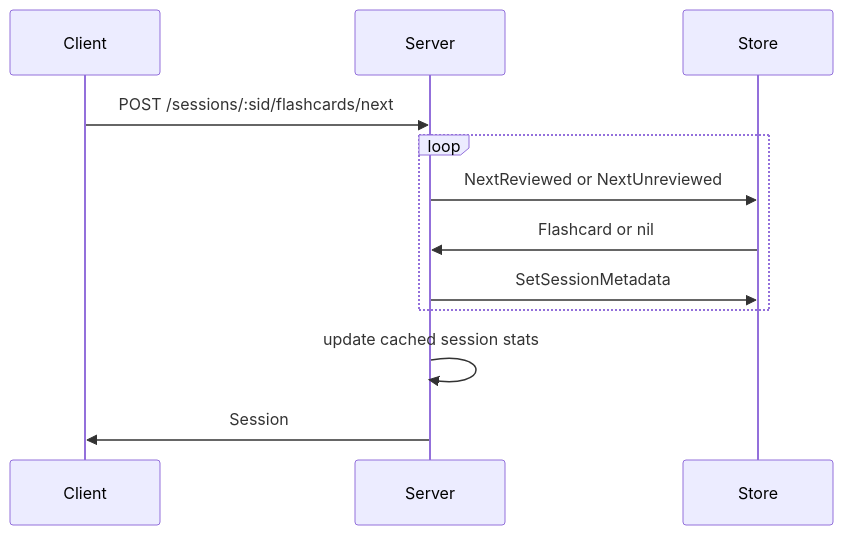
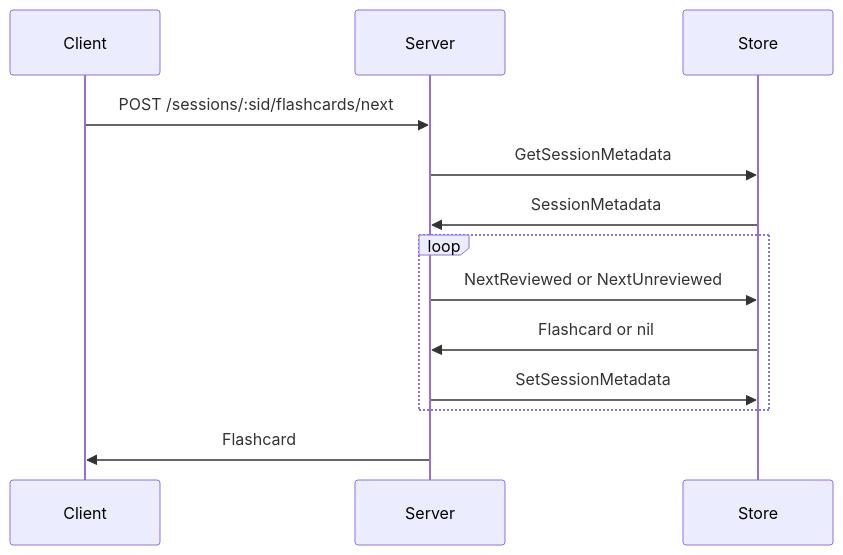
Before and after one commit to lafeingcrokodil/flashcards: the fifth of 7 diagrams in README.md, drawn with Mermaid. The commit also changed other lines of this file and 9 other files, not shown here.

````diff
--- a/README.md
+++ b/README.md
@@ -145,15 +134,16 @@
 ```mermaid
 sequenceDiagram
     participant Client
     participant Server
     participant Store
 
     Client->>Server: POST /sessions/:sid/flashcards/next
+    Server->>Store: GetSessionMetadata
+    Store->>Server: SessionMetadata
     loop
         Server->>Store: NextReviewed or NextUnreviewed
         Store->>Server: Flashcard or nil
         Server->>Store: SetSessionMetadata
     end
-    Server->>Server: update cached session stats
-    Server->>Client: Session
+    Server->>Client: Flashcard
 ```
````
